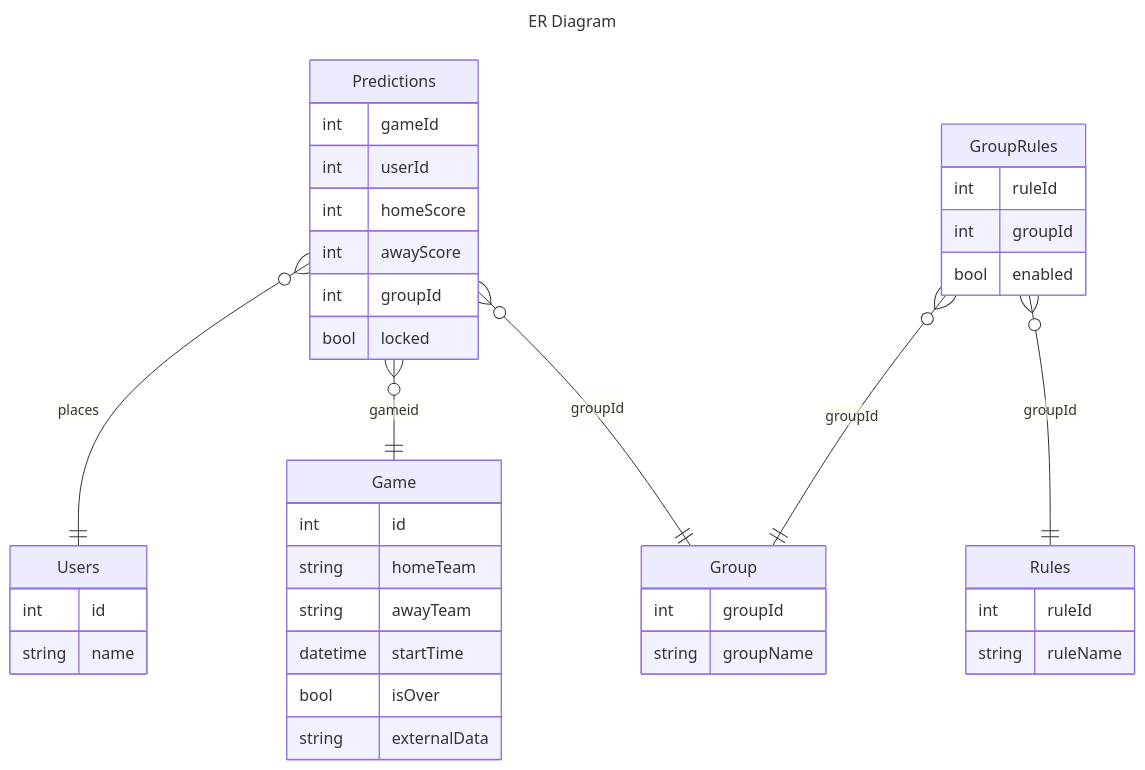
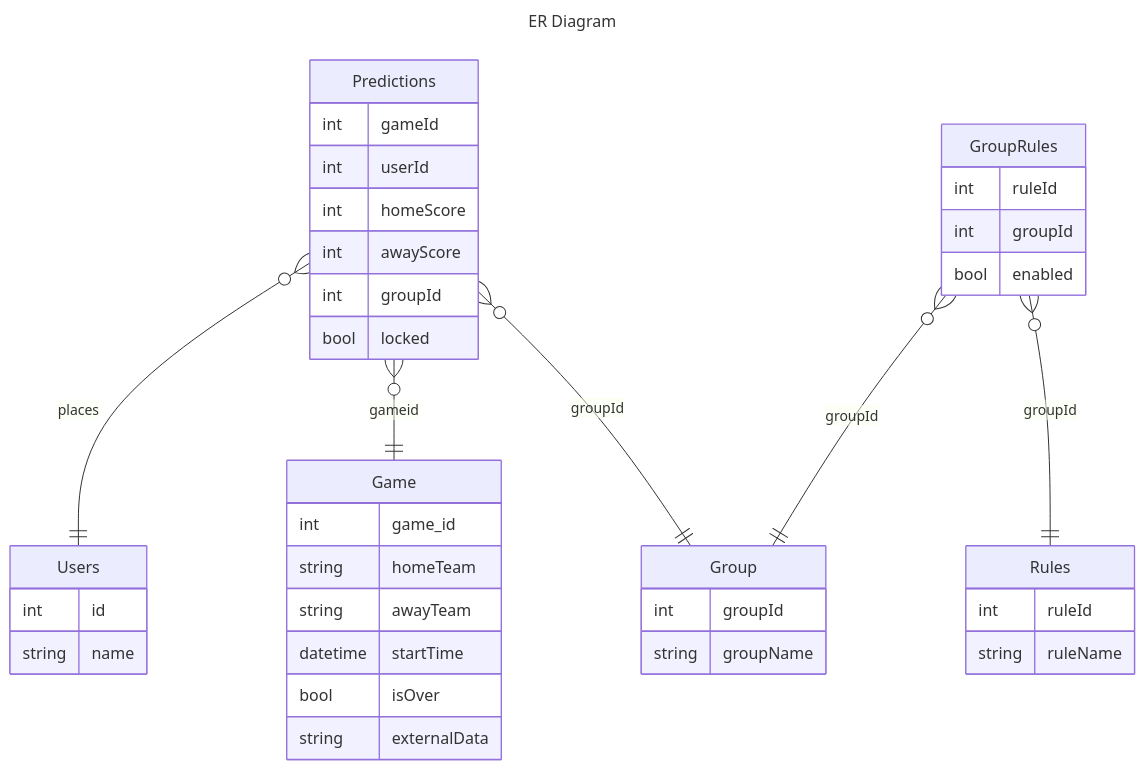
Before and after one commit to lazyrunner/soccer-prediction: the diagram in README.md, drawn with Mermaid. The commit also changed 21 other files, not shown here.

````diff
--- a/README.md
+++ b/README.md
@@ -53,53 +53,53 @@
 ```mermaid
 ---
 title: ER Diagram
 ---
 erDiagram
     Predictions }o--|| Users : places
     Predictions }o--|| Game : gameid
     Predictions }o--|| Group: groupId
     GroupRules }o--|| Group  : groupId
     GroupRules }o--|| Rules  : groupId
 
 
   
 Users {
         int id
         string name
     }
 
 Game {
-    int id
+    int game_id
     string homeTeam
     string awayTeam
     datetime startTime
     bool isOver
     string externalData
 }
 
 Predictions {
     int gameId
     int userId
     int homeScore
     int awayScore
     int groupId
     bool locked
 }
 
 Group {
     int groupId
     string groupName
 }
 
 Rules {
     int ruleId
     string ruleName
 }
 
 GroupRules {
     int ruleId
     int groupId
     bool enabled
 }
 
 ```
````
